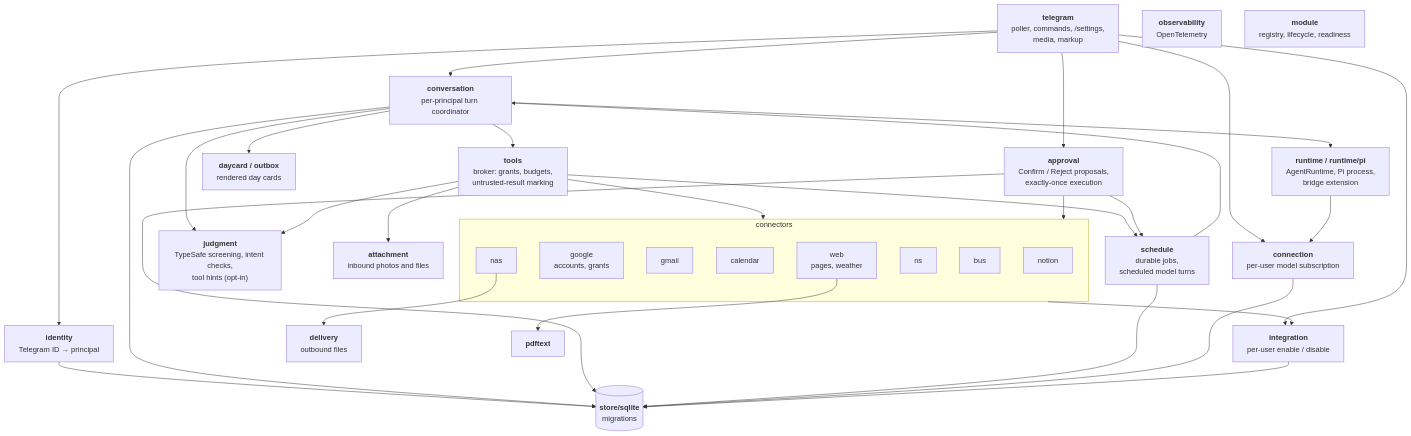
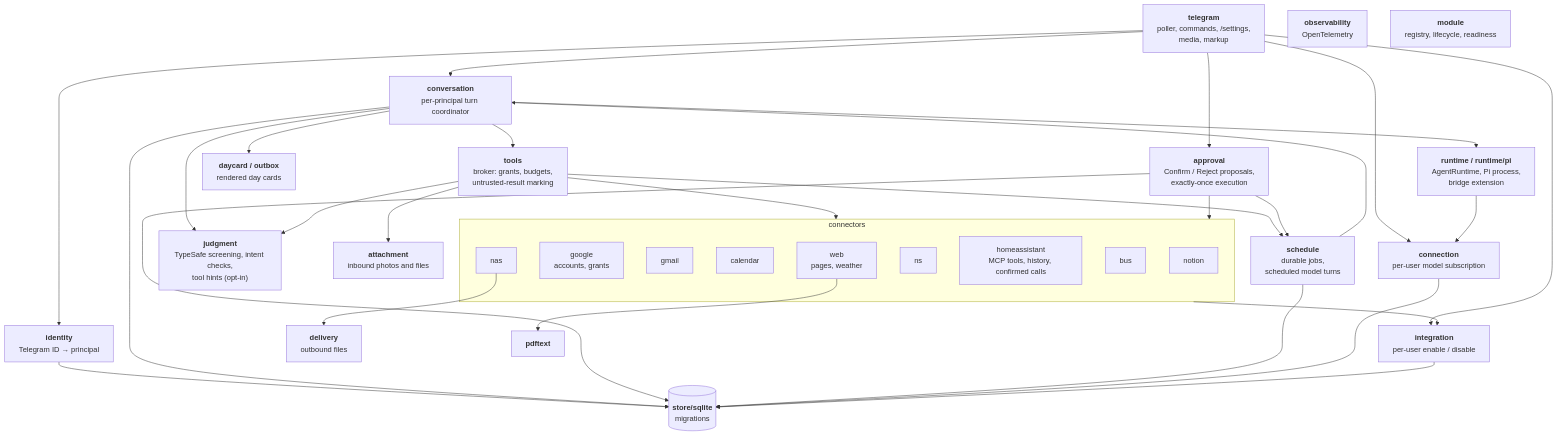
Before and after one commit to vladar107/home-ai-assistant: the third of 3 diagrams in docs/architecture.md, drawn with Mermaid. The commit also changed other lines of this file and 22 other files, not shown here.

````diff
--- a/docs/architecture.md
+++ b/docs/architecture.md
@@ -96,54 +98,55 @@
 ```mermaid
 flowchart TB
     tg["<b>telegram</b><br/>poller, commands, /settings,<br/>media, markup"]
     identity["<b>identity</b><br/>Telegram ID → principal"]
     conv["<b>conversation</b><br/>per-principal turn coordinator"]
     runtime["<b>runtime / runtime/pi</b><br/>AgentRuntime, Pi process,<br/>bridge extension"]
     connection["<b>connection</b><br/>per-user model subscription"]
     broker["<b>tools</b><br/>broker: grants, budgets,<br/>untrusted-result marking"]
     approval["<b>approval</b><br/>Confirm / Reject proposals,<br/>exactly-once execution"]
     schedule["<b>schedule</b><br/>durable jobs,<br/>scheduled model turns"]
     judgment["<b>judgment</b><br/>TypeSafe screening, intent checks,<br/>tool hints (opt-in)"]
     integration["<b>integration</b><br/>per-user enable / disable"]
     attach["<b>attachment</b><br/>inbound photos and files"]
     delivery["<b>delivery</b><br/>outbound files"]
     card["<b>daycard / outbox</b><br/>rendered day cards"]
     pdf["<b>pdftext</b>"]
 
     subgraph connectors["connectors"]
         notion["notion"]
         google["google<br/>accounts, grants"]
         gmail["gmail"]
         calendar["calendar"]
         nasc["nas"]
         nsc["ns"]
+        hac["homeassistant<br/>MCP tools, history, confirmed calls"]
         busc["bus"]
         web["web<br/>pages, weather"]
     end
 
     store[("<b>store/sqlite</b><br/>migrations")]
     obs["<b>observability</b><br/>OpenTelemetry"]
     module["<b>module</b><br/>registry, lifecycle, readiness"]
 
     tg --> identity
     tg --> conv
     tg --> connection
     tg --> integration
     tg --> approval
     conv --> runtime
     conv --> broker
     conv --> card
     conv --> judgment
     runtime --> connection
     broker --> connectors
     broker --> attach
     broker --> schedule
     broker --> judgment
     approval --> connectors
     approval --> schedule
     schedule --> conv
     nasc --> delivery
     web --> pdf
     connectors --> integration
     identity & conv & approval & schedule & connection & integration --> store
 ```
````
